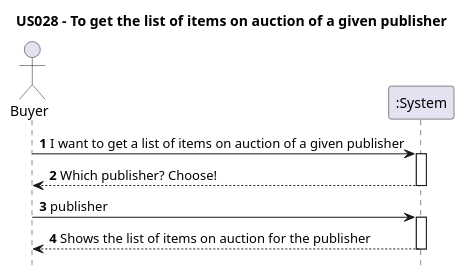
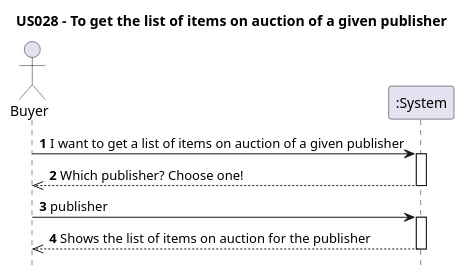
The diagram in Diagrams/SequenceDiagrams/N1/US028-to-get-list-of-items-on-auction-of-given-publisher.puml (AndrePereiraGitH/SWitCH-Project-Team_A), drawn with PlantUML before and after one commit. The commit also changed 5 other files, not shown here.

```diff
--- a/Diagrams/SequenceDiagrams/N1/US028-to-get-list-of-items-on-auction-of-given-publisher.puml
+++ b/Diagrams/SequenceDiagrams/N1/US028-to-get-list-of-items-on-auction-of-given-publisher.puml
@@ -1,19 +1,19 @@
 @startuml
 'https://plantuml.com/sequence-diagram
 
 hide footbox
 title US028 - To get the list of items on auction of a given publisher
 
 actor Buyer
 participant ":System" as System
 
 Buyer -> System : **1** I want to get a list of items on auction of a given publisher
 activate System
-Buyer <-- System : **2** Which publisher? Choose!
+Buyer <<-- System : **2** Which publisher? Choose one!
 deactivate System
 Buyer -> System : **3** publisher
 activate System
-System --> Buyer : **4** Shows the list of items on auction for the publisher
+System -->> Buyer : **4** Shows the list of items on auction for the publisher
 deactivate System
 
 @enduml
```
